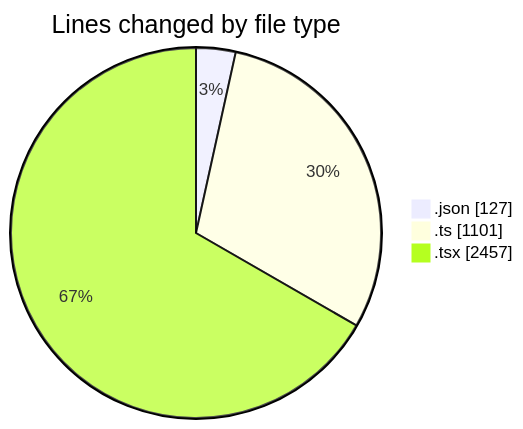
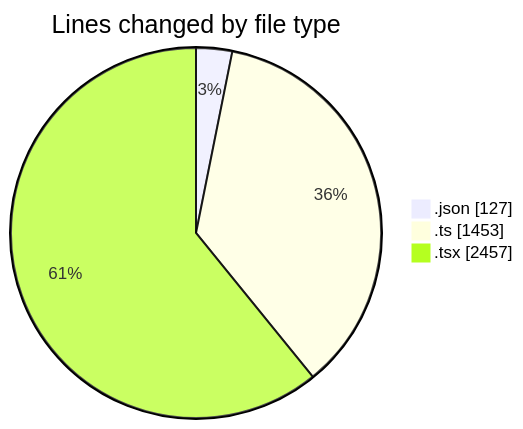
One commit to julien-gomy/code-tracking changed the first of 2 diagrams in 2025-11-12/eventscop-frontend-guide__workspace_/README.md. Above: the diagram before and after it, drawn with Mermaid. The commit also changed other lines of this file and 1 other file, not shown here.

````diff
--- a/2025-11-12/eventscop-frontend-guide__workspace_/README.md
+++ b/2025-11-12/eventscop-frontend-guide__workspace_/README.md
@@ -41,7 +44,7 @@
 ```mermaid
 pie showData
 title Lines changed by file type
 ".json" : 127
-".ts" : 1101
+".ts" : 1453
 ".tsx" : 2457
 ```
````
